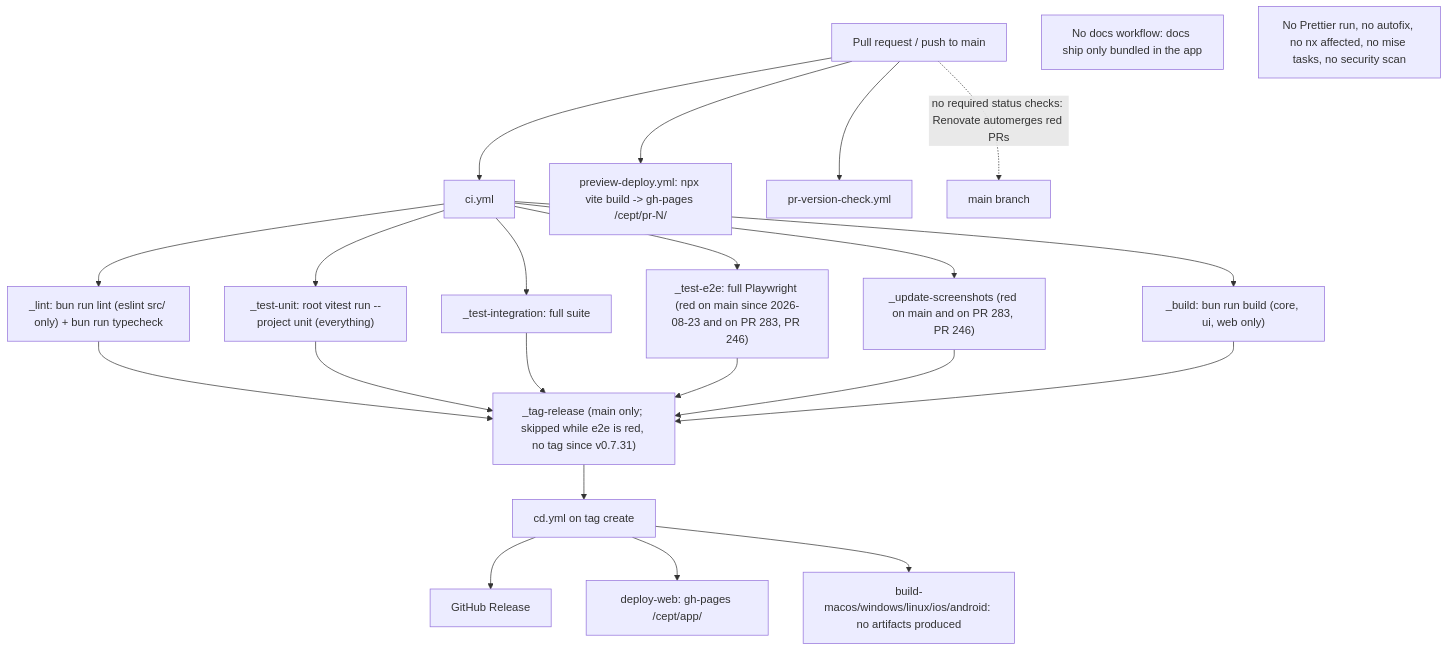
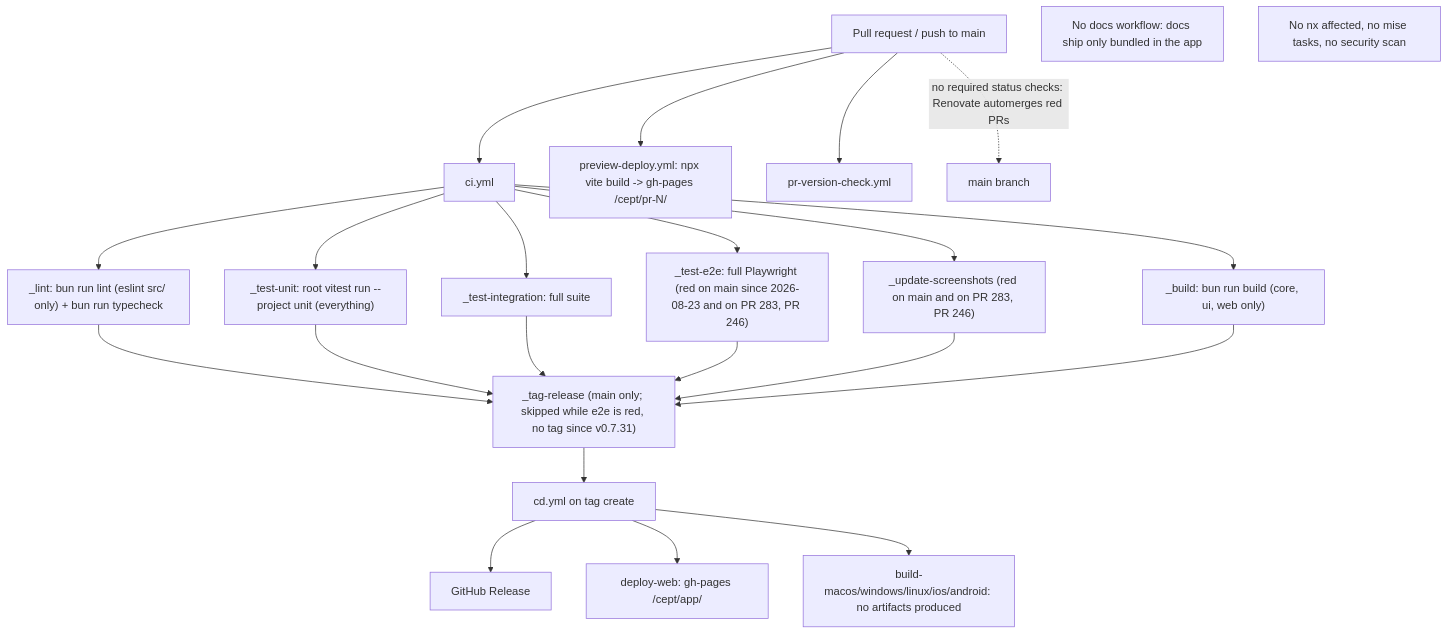
One commit to nsheaps/cept changed the second of 2 diagrams in docs/specs/requirements/10-engineering-and-ci.md. Above: the diagram before and after it, drawn with Mermaid. The commit also changed other lines of this file and 5 other files, not shown here.

````diff
--- a/docs/specs/requirements/10-engineering-and-ci.md
+++ b/docs/specs/requirements/10-engineering-and-ci.md
@@ -98,20 +98,20 @@
 ```mermaid
 flowchart TD
   pr["Pull request / push to main"] --> ci["ci.yml"]
   ci --> lint["_lint: bun run lint (eslint src/ only) + bun run typecheck"]
   ci --> unit["_test-unit: root vitest run --project unit (everything)"]
   ci --> integ["_test-integration: full suite"]
   ci --> e2e["_test-e2e: full Playwright (red on main since 2026-08-23 and on PR 283, PR 246)"]
   ci --> shots["_update-screenshots (red on main and on PR 283, PR 246)"]
   ci --> build["_build: bun run build (core, ui, web only)"]
   pr --> preview["preview-deploy.yml: npx vite build -> gh-pages /cept/pr-N/"]
   pr --> vcheck["pr-version-check.yml"]
   lint & unit & integ & e2e & shots & build --> tag["_tag-release (main only; skipped while e2e is red, no tag since v0.7.31)"]
   pr -.->|"no required status checks: Renovate automerges red PRs"| mainBranch["main branch"]
   tag --> cd["cd.yml on tag create"]
   cd --> rel["GitHub Release"]
   cd --> app["deploy-web: gh-pages /cept/app/"]
   cd --> nat["build-macos/windows/linux/ios/android: no artifacts produced"]
   nodocs["No docs workflow: docs ship only bundled in the app"]
-  noprettier["No Prettier run, no autofix, no nx affected, no mise tasks, no security scan"]
+  noaffected["No nx affected, no mise tasks, no security scan"]
 ```
````
